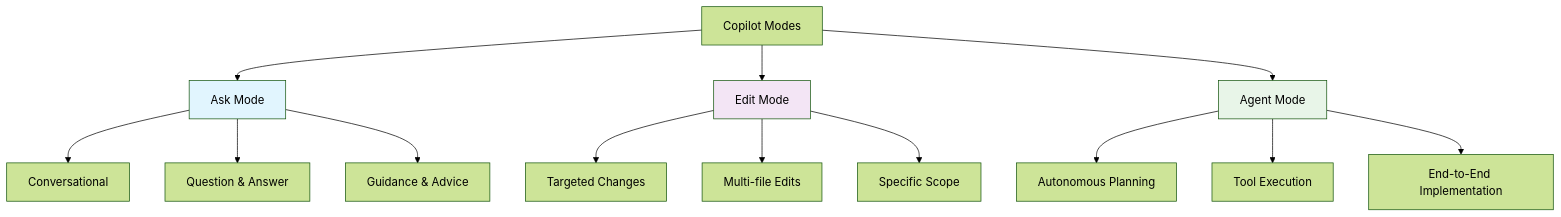
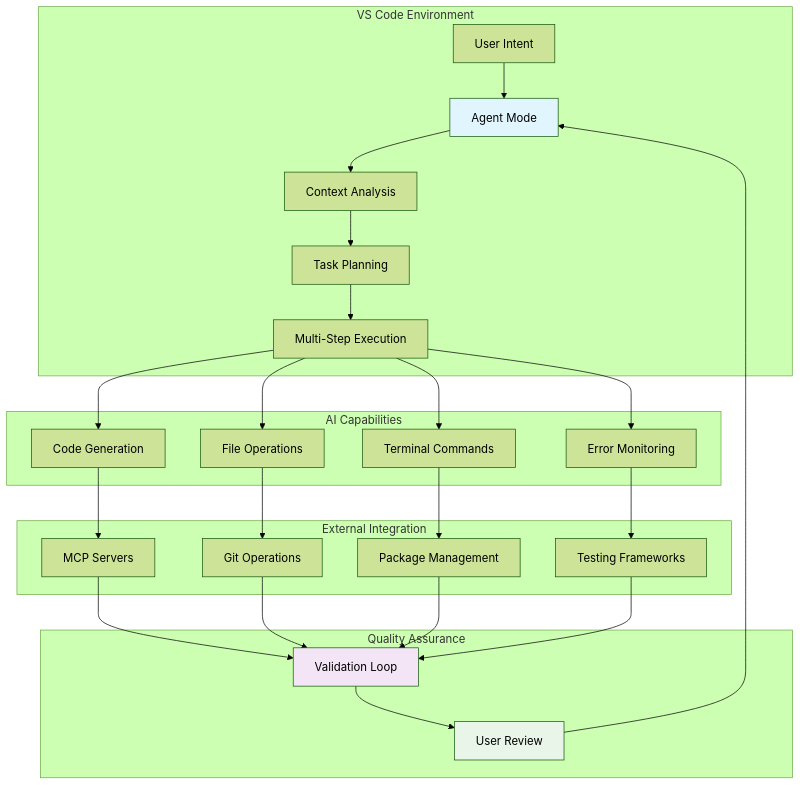
One commit to raphaelmansuy/tutorials changed the fifth of 11 diagrams in 17_intent_based_dev_vs_code_copilot.md. Above: the diagram before and after it, drawn with Mermaid (forest theme). The commit also changed other lines of this file, not shown here.

Commit message:
Implement feature X to enhance user experience and fix bug Y in module Z

````diff
--- a/17_intent_based_dev_vs_code_copilot.md
+++ b/17_intent_based_dev_vs_code_copilot.md
@@ -116,22 +249,36 @@
 ```mermaid
-graph TD
-    A[Copilot Modes] --> B[Ask Mode]
-    A --> C[Edit Mode]
-    A --> D[Agent Mode]
+graph TB
+    subgraph "VS Code Environment"
+        A[User Intent] --> B[Agent Mode]
+        B --> C[Context Analysis]
+        C --> D[Task Planning]
+        D --> E[Multi-Step Execution]
+    end
     
-    B --> B1[Conversational]
-    B --> B2[Question & Answer]
-    B --> B3[Guidance & Advice]
+    subgraph "AI Capabilities"
+        E --> F[Code Generation]
+        E --> G[File Operations]
+        E --> H[Terminal Commands]
+        E --> I[Error Monitoring]
+    end
     
-    C --> C1[Targeted Changes]
-    C --> C2[Multi-file Edits]
-    C --> C3[Specific Scope]
+    subgraph "External Integration"
+        F --> J[MCP Servers]
+        G --> K[Git Operations]
+        H --> L[Package Management]
+        I --> M[Testing Frameworks]
+    end
     
-    D --> D1[Autonomous Planning]
-    D --> D2[Tool Execution]
-    D --> D3[End-to-End Implementation]
+    subgraph "Quality Assurance"
+        J --> N[Validation Loop]
+        K --> N
+        L --> N
+        M --> N
+        N --> O[User Review]
+        O --> B
+    end
     
     style B fill:#e1f5fe
-    style C fill:#f3e5f5
-    style D fill:#e8f5e8
+    style N fill:#f3e5f5
+    style O fill:#e8f5e8
 ```
````
